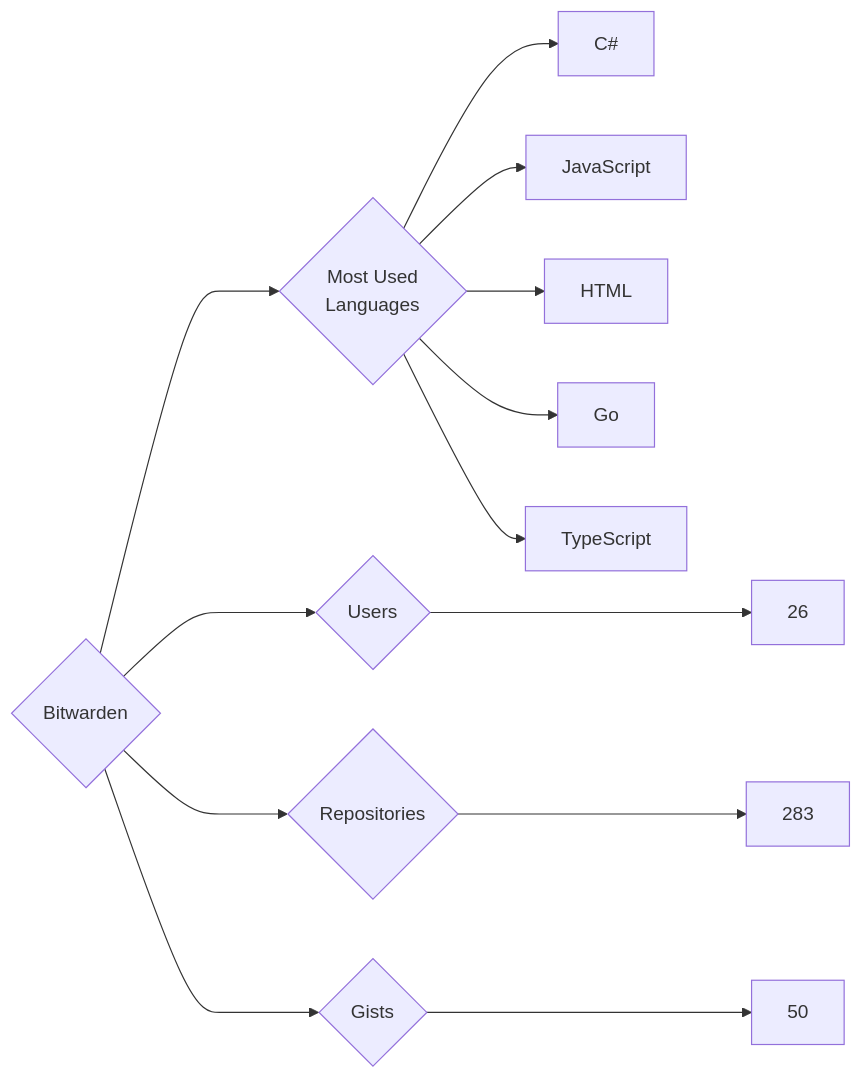
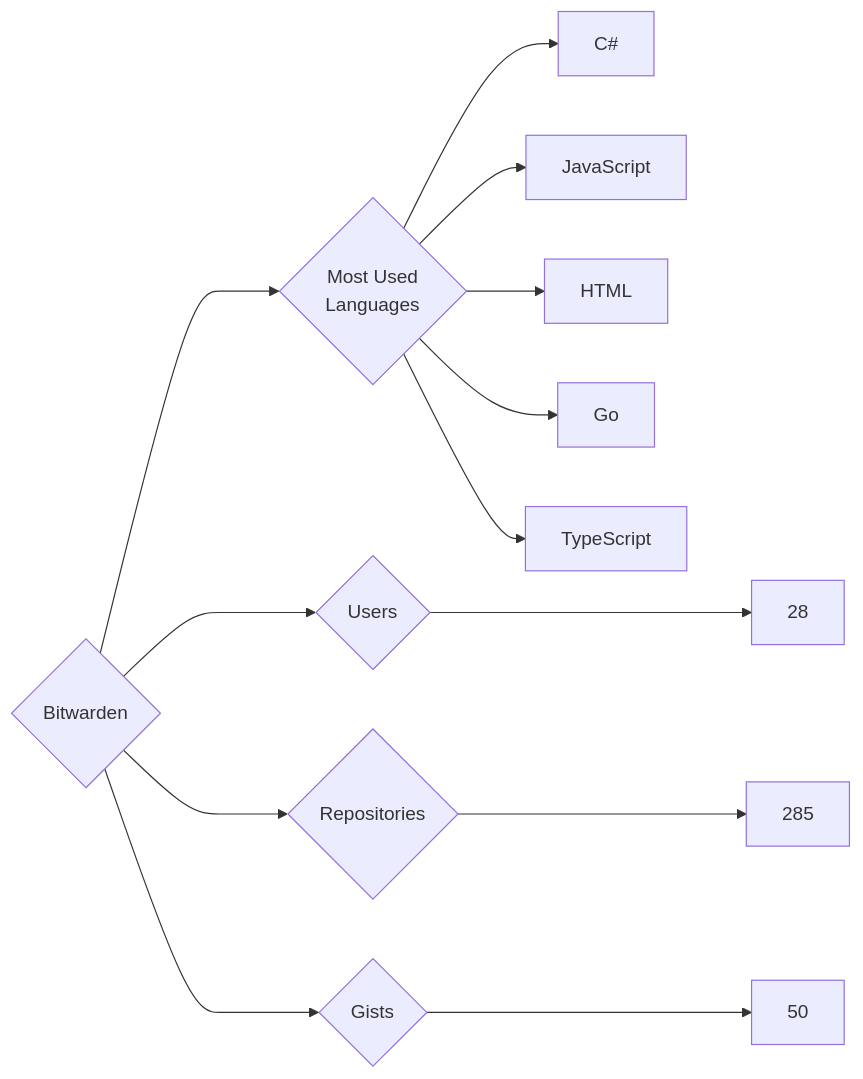
The diagram in targets/Bitwarden/README.md (trickest/insiders), drawn with Mermaid before and after one commit. The commit also changed 629 other files, not shown here.

````diff
--- a/targets/Bitwarden/README.md
+++ b/targets/Bitwarden/README.md
@@ -3,13 +3,13 @@
 ```mermaid
 graph LR
 COMPANY_NAME{Bitwarden}
-COMPANY_NAME ---> U{Users} ---> UN[26]
-COMPANY_NAME ---> R{Repositories} ---> RN[283]
+COMPANY_NAME ---> U{Users} ---> UN[28]
+COMPANY_NAME ---> R{Repositories} ---> RN[285]
 COMPANY_NAME ---> G{Gists} ---> GN[50]
 COMPANY_NAME ---> ML{Most Used<br>Languages}
 ML --> C#[C#]
 ML --> JavaScript[JavaScript]
 ML --> HTML[HTML]
 ML --> Go[Go]
 ML --> TypeScript[TypeScript]
 ```
````
